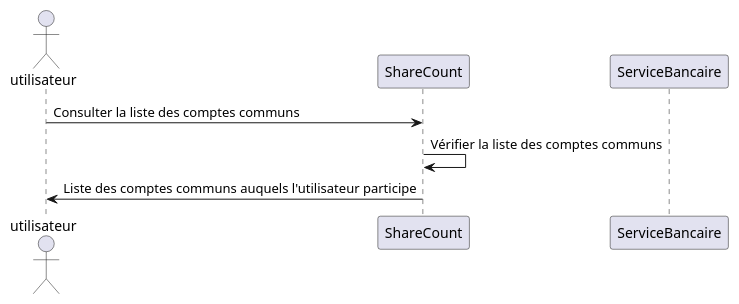
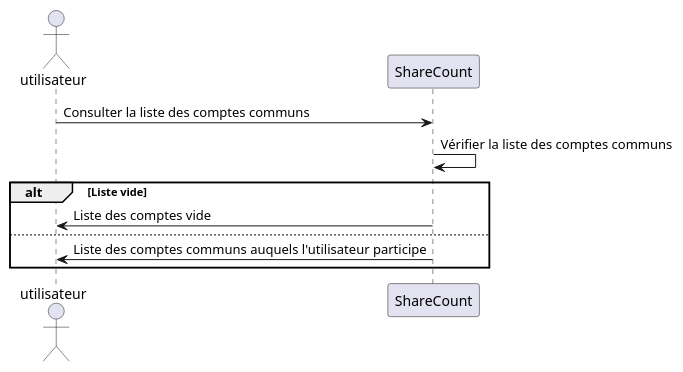
Before and after one commit to lmtb06/sharecount: the diagram in diagrammes/specification/sequence/Consulter-la-liste-des-comptes-communs.puml, drawn with PlantUML. The commit also changed 5 other files, not shown here.

Commit message:
modifier les diagrammes de séquence

```diff
--- a/diagrammes/specification/sequence/Consulter-la-liste-des-comptes-communs.puml
+++ b/diagrammes/specification/sequence/Consulter-la-liste-des-comptes-communs.puml
@@ -1,11 +1,17 @@
 @startuml  Consulter la liste des comptes communs
 
 actor utilisateur as u
 participant ShareCount as sc
-participant ServiceBancaire as sb
 
 u -> sc : Consulter la liste des comptes communs
 sc -> sc : Vérifier la liste des comptes communs
+
+alt Liste vide
+sc -> u : Liste des comptes vide
+else
+
 sc -> u : Liste des comptes communs auquels l'utilisateur participe
 
+end
+
 @enduml
```
